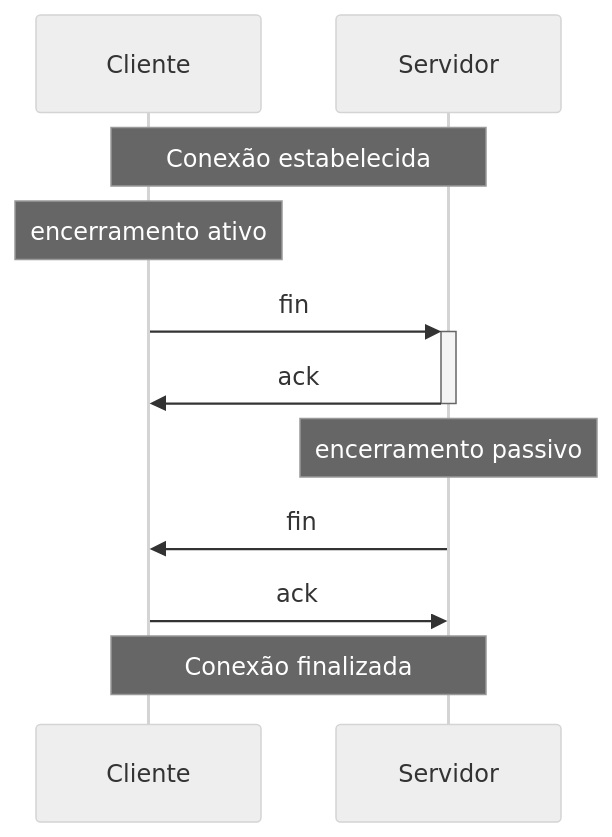
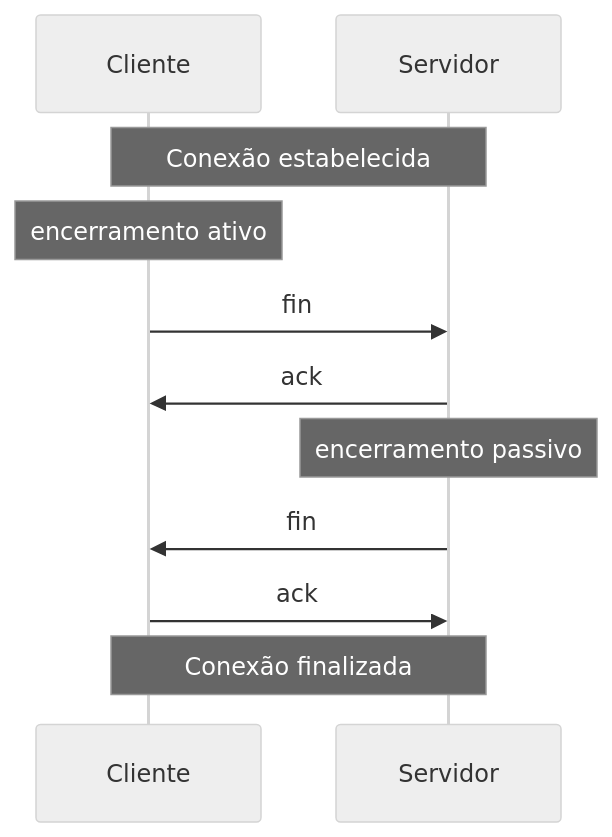
One commit to darlonv/redes changed the third of 3 diagrams in docs/03-Protocolos/02-Transporte/02-TCP.md. Above: the diagram before and after it, drawn with Mermaid.

Commit message:
correction

````diff
--- a/docs/03-Protocolos/02-Transporte/02-TCP.md
+++ b/docs/03-Protocolos/02-Transporte/02-TCP.md
@@ -115,15 +115,15 @@
 ```mermaid
 sequenceDiagram
     %%{init: {'theme': 'neutral' } }%%
     participant Cliente
     participant Servidor
     note over Cliente,Servidor: Conexão estabelecida
     note over Cliente: encerramento ativo
-    Cliente  ->>+  Servidor: fin
-    Servidor ->>-  Cliente: ack
+    Cliente  ->>  Servidor: fin
+    Servidor ->>  Cliente: ack
     note over Servidor: encerramento passivo
     Servidor ->>  Cliente: fin
     Cliente  ->>  Servidor: ack
     note over Cliente,Servidor: Conexão finalizada
 
 ```
````
